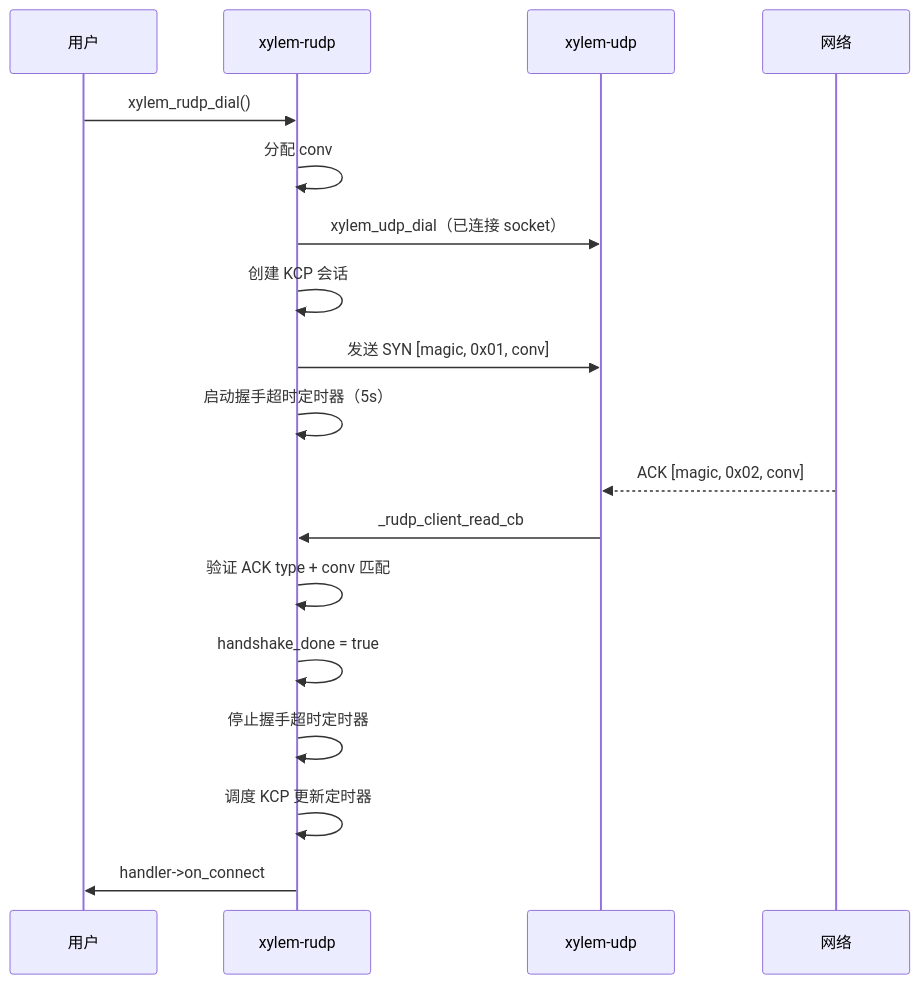
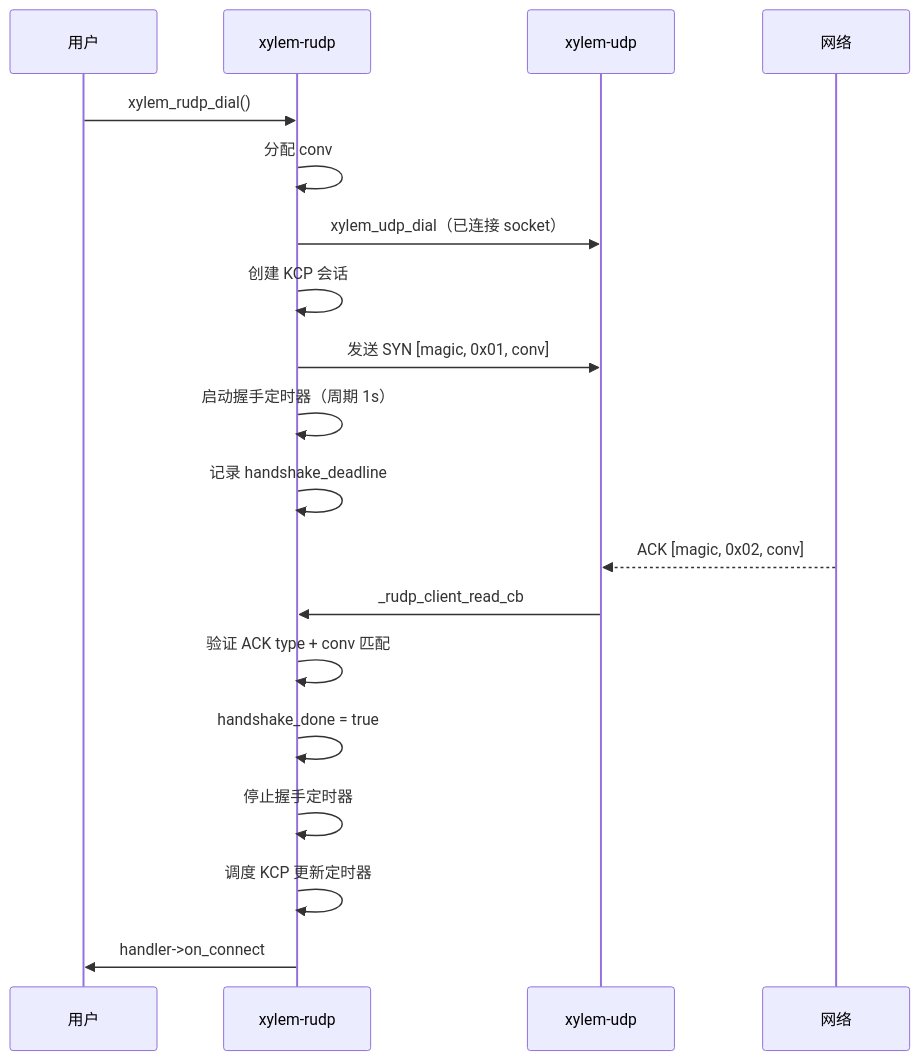
One commit to MeristemForge/Xylem changed the second of 8 diagrams in docs/rudp-design.md. Above: the diagram before and after it, drawn with Mermaid. The commit also changed other lines of this file and 2 other files, not shown here.

First line of the commit message:
feat(rudp): retransmit SYN during handshake

````diff
--- a/docs/rudp-design.md
+++ b/docs/rudp-design.md
@@ -146,21 +147,22 @@
 ```mermaid
 sequenceDiagram
     participant User as 用户
     participant RUDP as xylem-rudp
     participant UDP as xylem-udp
     participant Net as 网络
 
     User->>RUDP: xylem_rudp_dial()
     RUDP->>RUDP: 分配 conv
     RUDP->>UDP: xylem_udp_dial（已连接 socket）
     RUDP->>RUDP: 创建 KCP 会话
     RUDP->>UDP: 发送 SYN [magic, 0x01, conv]
-    RUDP->>RUDP: 启动握手超时定时器（5s）
+    RUDP->>RUDP: 启动握手定时器（周期 1s）
+    RUDP->>RUDP: 记录 handshake_deadline
     Net-->>UDP: ACK [magic, 0x02, conv]
     UDP->>RUDP: _rudp_client_read_cb
     RUDP->>RUDP: 验证 ACK type + conv 匹配
     RUDP->>RUDP: handshake_done = true
-    RUDP->>RUDP: 停止握手超时定时器
+    RUDP->>RUDP: 停止握手定时器
     RUDP->>RUDP: 调度 KCP 更新定时器
     RUDP->>User: handler->on_connect
 ```
````
